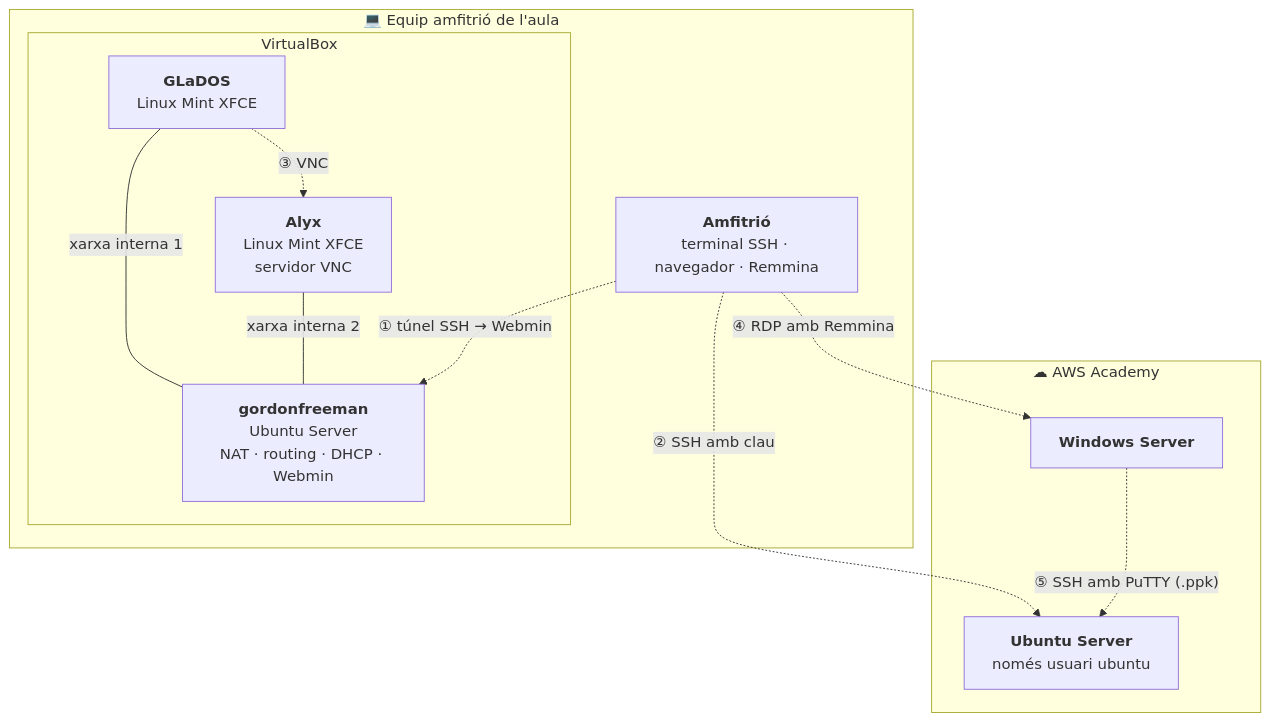
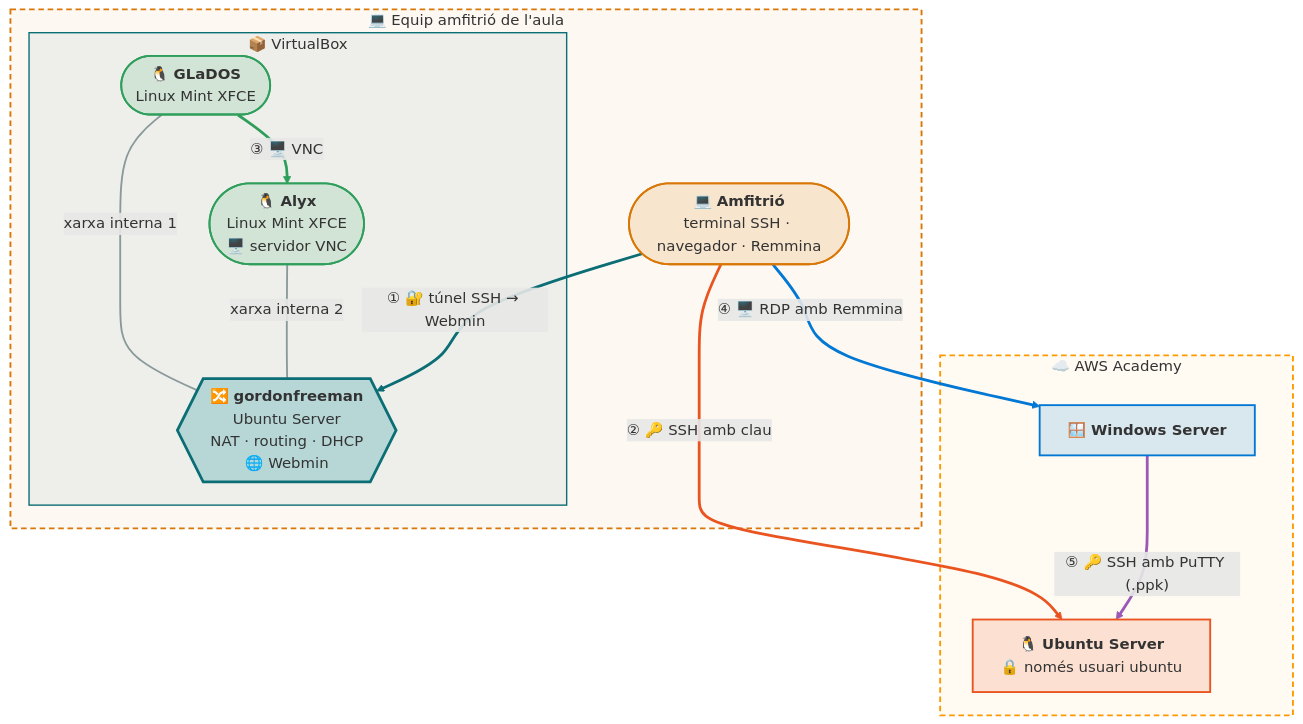
One commit to arturocandela/gitbook-sx changed the diagram in ssh-vnc-rdp/qualificables/aa-q.3.2.1-administracio-remota-segura-i-evidencies-de-funcionament.md. Above: the diagram before and after it, drawn with Mermaid. The commit also changed 1 other file, not shown here.

Commit message:
SA03: esquemes Mermaid amb icones i colors
- AA-Q.3.2.1: icones, colors per tipus de màquina i fletxes de colors per flux.
- AF.3.1.12: l'esquema ASCII passa a Mermaid amb el mateix estil.

Claude-Session: https://claude.ai/code/session_013i5dxw2pCXbe6x9sAfH1jx

````diff
--- a/ssh-vnc-rdp/qualificables/aa-q.3.2.1-administracio-remota-segura-i-evidencies-de-funcionament.md
+++ b/ssh-vnc-rdp/qualificables/aa-q.3.2.1-administracio-remota-segura-i-evidencies-de-funcionament.md
@@ -11,25 +11,48 @@
 ```mermaid
 flowchart TB
     subgraph HOST["💻 Equip amfitrió de l'aula"]
-        H["<b>Amfitrió</b><br/>terminal SSH · navegador · Remmina"]
-        subgraph VB["VirtualBox"]
-            GL["<b>GLaDOS</b><br/>Linux Mint XFCE"]
-            AL["<b>Alyx</b><br/>Linux Mint XFCE<br/>servidor VNC"]
-            GF["<b>gordonfreeman</b><br/>Ubuntu Server<br/>NAT · routing · DHCP · Webmin"]
+        H(["💻 <b>Amfitrió</b><br/>terminal SSH · navegador · Remmina"])
+        subgraph VB["📦 VirtualBox"]
+            GL(["🐧 <b>GLaDOS</b><br/>Linux Mint XFCE"])
+            AL(["🐧 <b>Alyx</b><br/>Linux Mint XFCE<br/>🖥️ servidor VNC"])
+            GF{{"🔀 <b>gordonfreeman</b><br/>Ubuntu Server<br/>NAT · routing · DHCP<br/>🌐 Webmin"}}
         end
     end
 
-    subgraph AWS["☁ AWS Academy"]
-        WS["<b>Windows Server</b>"]
-        US["<b>Ubuntu Server</b><br/>només usuari ubuntu"]
+    subgraph AWS["☁️ AWS Academy"]
+        WS["🪟 <b>Windows Server</b>"]
+        US["🐧 <b>Ubuntu Server</b><br/>🔒 només usuari ubuntu"]
     end
 
     GL ---|"xarxa interna 1"| GF
     AL ---|"xarxa interna 2"| GF
 
-    GL -. "③ VNC" .-> AL
-    H -. "① túnel SSH → Webmin" .-> GF
-    H -. "② SSH amb clau" .-> US
-    H -. "④ RDP amb Remmina" .-> WS
-    WS -. "⑤ SSH amb PuTTY (.ppk)" .-> US
+    GL == "③ 🖥️ VNC" ==> AL
+    H == "① 🔐 túnel SSH → Webmin" ==> GF
+    H == "② 🔑 SSH amb clau" ==> US
+    H == "④ 🖥️ RDP amb Remmina" ==> WS
+    WS == "⑤ 🔑 SSH amb PuTTY (.ppk)" ==> US
+
+    classDef host fill:#d9770626,stroke:#d97706,stroke-width:2px
+    classDef mint fill:#2e9e5b26,stroke:#2e9e5b,stroke-width:2px
+    classDef router fill:#12919a40,stroke:#0b6e75,stroke-width:3px
+    classDef ubuntu fill:#e9542026,stroke:#e95420,stroke-width:2px
+    classDef windows fill:#0078d426,stroke:#0078d4,stroke-width:2px
+
+    class H host
+    class GL,AL mint
+    class GF router
+    class US ubuntu
+    class WS windows
+
+    style HOST fill:#d977060d,stroke:#d97706,stroke-width:2px,stroke-dasharray:6 4
+    style VB fill:#0b6e750f,stroke:#0b6e75,stroke-width:1.5px
+    style AWS fill:#ff99000d,stroke:#ff9900,stroke-width:2px,stroke-dasharray:6 4
+
+    linkStyle 0,1 stroke:#8a9a9b,stroke-width:2px
+    linkStyle 2 stroke:#2e9e5b,stroke-width:3px
+    linkStyle 3 stroke:#0b6e75,stroke-width:3px
+    linkStyle 4 stroke:#e95420,stroke-width:3px
+    linkStyle 5 stroke:#0078d4,stroke-width:3px
+    linkStyle 6 stroke:#9b59b6,stroke-width:3px
 ```
````
